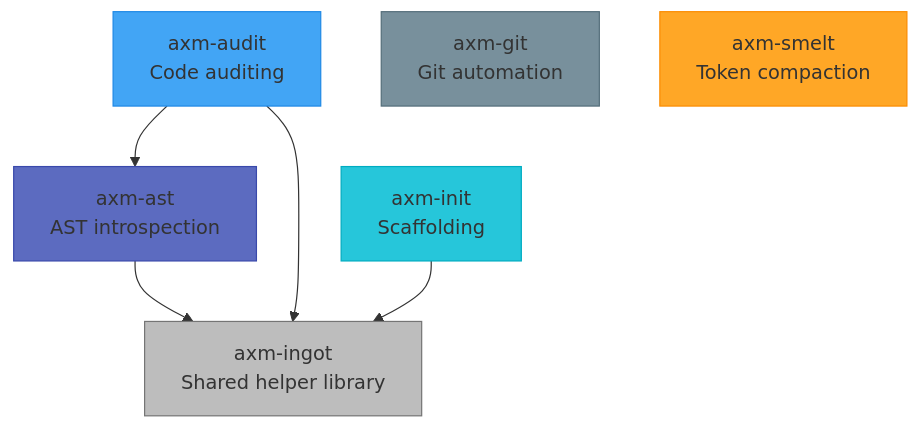
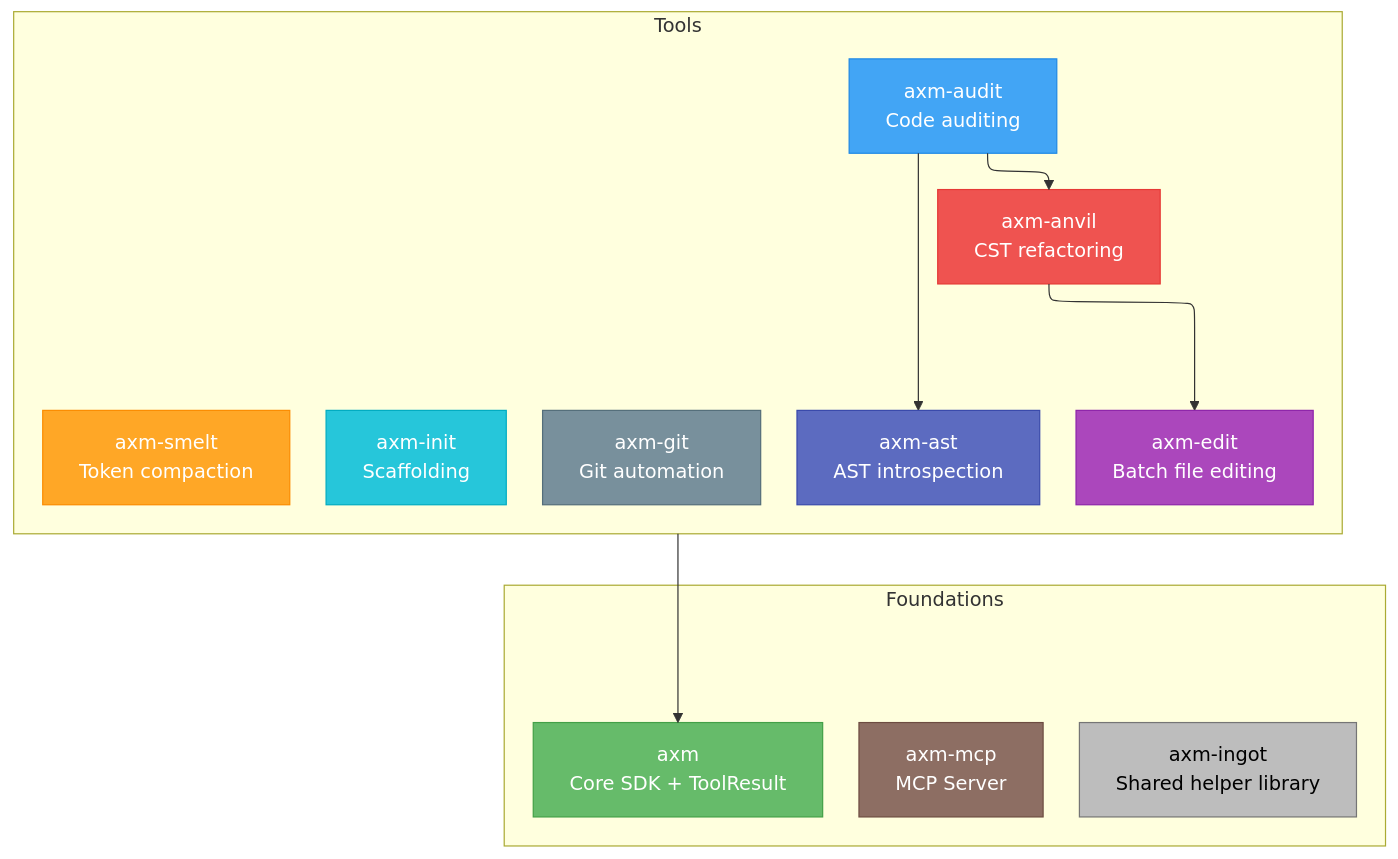
The diagram in docs/packages/index.md (axm-protocols/axm-forge), drawn with Mermaid before and after one commit. The commit also changed 1 other file, not shown here.

Commit message:
docs(forge): redesign architecture diagram into layered Tools/Foundations view
Rework the home and Packages architecture mermaid into a readable two-layer
layout, identical on both pages:

- ELK renderer (mermaid@11) for stable layered placement.
- Tools layer: audit + anvil on top (built on the row below), and ast / edit
  / init / git / smelt aligned on one row underneath.
- Foundations layer: axm-mcp, axm (Core SDK), axm-ingot (shared helper lib)
  aligned on a single row.
- A single tools -> axm edge links the two layers (also fills/aligns the
  foundations row under ELK); inner row containers are frameless.
- Readable label contrast (white/black text per node color).

Previously docs/packages/index.md carried an older partial diagram (missing
axm/anvil/edit/mcp); both pages now share the same canonical view.

mkdocs build green.

````diff
--- a/docs/packages/index.md
+++ b/docs/packages/index.md
@@ -78,17 +78,52 @@
 ```mermaid
+%%{ init: { "flowchart": { "defaultRenderer": "elk" } } }%%
 graph TD
-    classDef ast fill:#5C6BC0,stroke:#3949AB
-    classDef audit fill:#42A5F5,stroke:#1E88E5
-    classDef init fill:#26C6DA,stroke:#00ACC1
-    classDef git fill:#78909C,stroke:#546E7A
-    classDef smelt fill:#FFA726,stroke:#FB8C00
-    classDef ingot fill:#BDBDBD,stroke:#757575
+    classDef ast fill:#5C6BC0,stroke:#3949AB,color:#fff
+    classDef audit fill:#42A5F5,stroke:#1E88E5,color:#fff
+    classDef init fill:#26C6DA,stroke:#00ACC1,color:#fff
+    classDef git fill:#78909C,stroke:#546E7A,color:#fff
+    classDef smelt fill:#FFA726,stroke:#FB8C00,color:#fff
+    classDef anvil fill:#EF5350,stroke:#E53935,color:#fff
+    classDef edit fill:#AB47BC,stroke:#8E24AA,color:#fff
+    classDef axm fill:#66BB6A,stroke:#43A047,color:#fff
+    classDef mcp fill:#8D6E63,stroke:#6D4C41,color:#fff
+    classDef ingot fill:#BDBDBD,stroke:#757575,color:#000
 
-    AST["axm-ast\nAST introspection"]:::ast --> INGOT
-    AUDIT["axm-audit\nCode auditing"]:::audit --> AST
-    AUDIT --> INGOT
-    INIT["axm-init\nScaffolding"]:::init --> INGOT
-    GIT["axm-git\nGit automation"]:::git
-    SMELT["axm-smelt\nToken compaction"]:::smelt
-    INGOT["axm-ingot\nShared helper library"]:::ingot
+    subgraph tools [Tools]
+        direction TB
+
+        AUDIT["axm-audit<br/>Code auditing"]:::audit
+        ANVIL["axm-anvil<br/>CST refactoring"]:::anvil
+
+        subgraph botrow [ ]
+            direction LR
+            AST["axm-ast<br/>AST introspection"]:::ast
+            EDIT["axm-edit<br/>Batch file editing"]:::edit
+            INIT["axm-init<br/>Scaffolding"]:::init
+            GIT["axm-git<br/>Git automation"]:::git
+            SMELT["axm-smelt<br/>Token compaction"]:::smelt
+        end
+
+        AUDIT --> AST
+        AUDIT --> ANVIL
+        ANVIL --> EDIT
+    end
+
+    subgraph foundations [Foundations]
+        direction TB
+        subgraph baserow [ ]
+            direction LR
+            MCP["axm-mcp<br/>MCP Server"]:::mcp
+            AXM["axm<br/>Core SDK + ToolResult"]:::axm
+            INGOT["axm-ingot<br/>Shared helper library"]:::ingot
+        end
+    end
+
+    %% the whole tool layer builds on the shared foundations
+    %% (target a node inside baserow so ELK fills + aligns that row)
+    tools --> AXM
+
+    %% hide the inner row containers (keep only Tools / Foundations frames)
+    style botrow fill:none,stroke:none
+    style baserow fill:none,stroke:none
 ```
````
